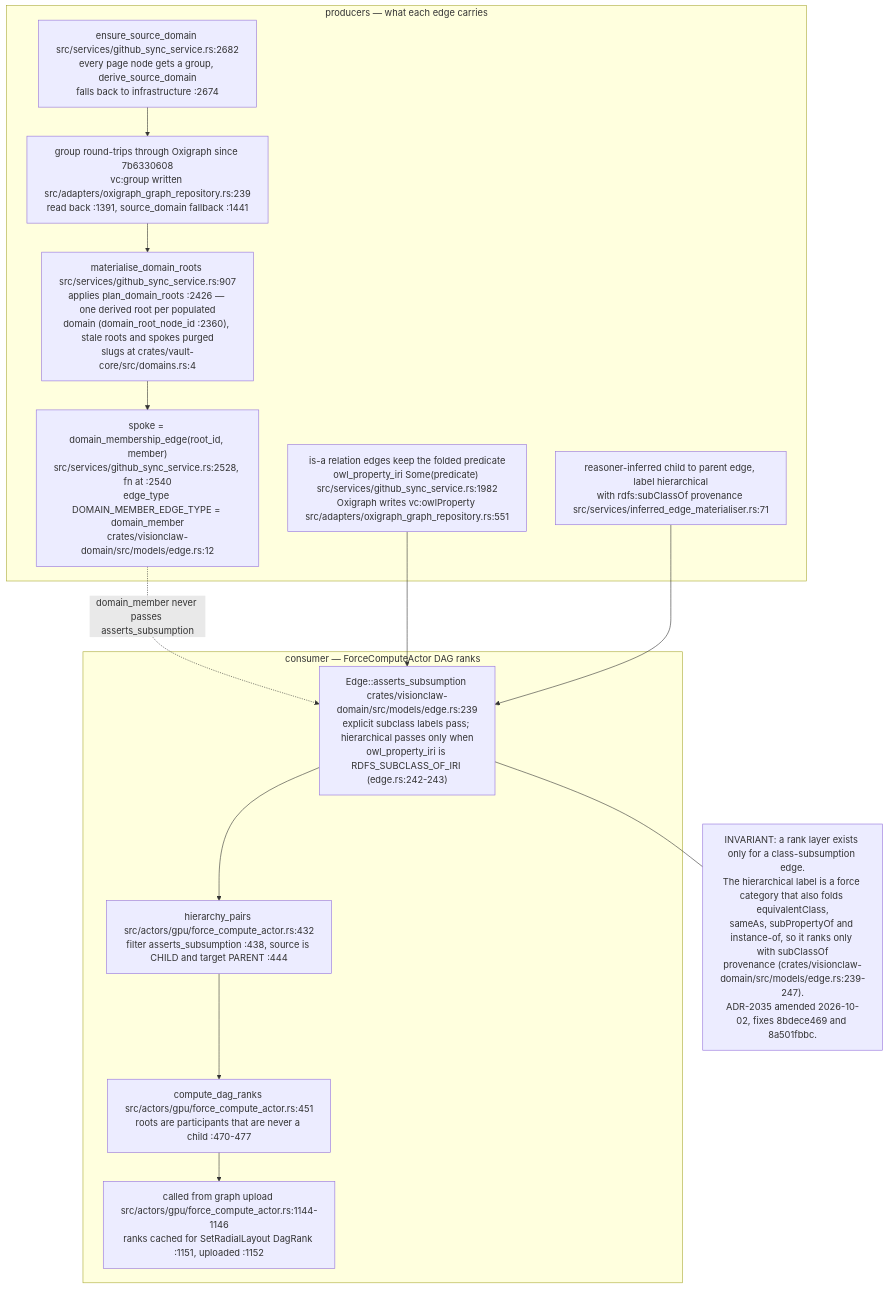
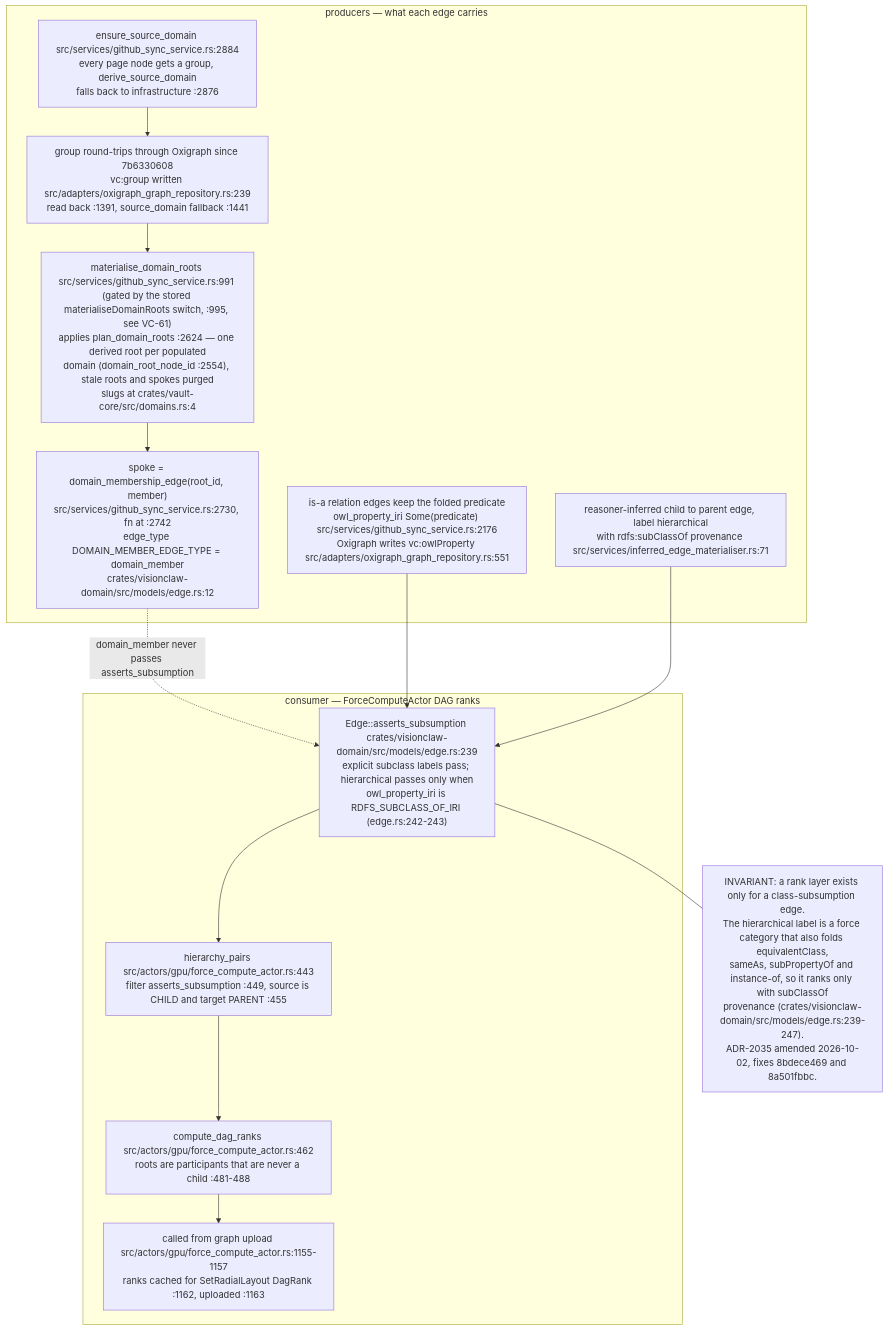
The eighth of 8 diagrams in docs/diagrams/visionclaw/16-interaction-drag-pin-layout.md (DreamLab-AI/VisionFlow), drawn with Mermaid before and after one commit. The commit also changed other lines of this file and 81 other files, not shown here.

First line of the commit message:
docs(diagrams): roll VisionClaw topics to main 010e1109b (PR 37 and 38 merged); fix remaining prose citations

````diff
--- a/docs/diagrams/visionclaw/16-interaction-drag-pin-layout.md
+++ b/docs/diagrams/visionclaw/16-interaction-drag-pin-layout.md
@@ -311,24 +311,24 @@
 ```mermaid
 flowchart TB
     subgraph PROD["producers — what each edge carries"]
-        P1["ensure_source_domain src/services/github_sync_service.rs:2682<br/>every page node gets a group, derive_source_domain<br/>falls back to infrastructure :2674"]
+        P1["ensure_source_domain src/services/github_sync_service.rs:2884<br/>every page node gets a group, derive_source_domain<br/>falls back to infrastructure :2876"]
         P2["group round-trips through Oxigraph since 7b6330608<br/>vc:group written src/adapters/oxigraph_graph_repository.rs:239<br/>read back :1391, source_domain fallback :1441"]
-        P3["materialise_domain_roots src/services/github_sync_service.rs:907<br/>applies plan_domain_roots :2426 — one derived root per populated<br/>domain (domain_root_node_id :2360), stale roots and spokes purged<br/>slugs at crates/vault-core/src/domains.rs:4"]
-        P4["spoke = domain_membership_edge(root_id, member)<br/>src/services/github_sync_service.rs:2528, fn at :2540<br/>edge_type DOMAIN_MEMBER_EDGE_TYPE = domain_member<br/>crates/visionclaw-domain/src/models/edge.rs:12"]
-        P5["is-a relation edges keep the folded predicate<br/>owl_property_iri Some(predicate) src/services/github_sync_service.rs:1982<br/>Oxigraph writes vc:owlProperty src/adapters/oxigraph_graph_repository.rs:551"]
+        P3["materialise_domain_roots src/services/github_sync_service.rs:991 (gated by the stored materialiseDomainRoots switch, :995, see VC-61)<br/>applies plan_domain_roots :2624 — one derived root per populated<br/>domain (domain_root_node_id :2554), stale roots and spokes purged<br/>slugs at crates/vault-core/src/domains.rs:4"]
+        P4["spoke = domain_membership_edge(root_id, member)<br/>src/services/github_sync_service.rs:2730, fn at :2742<br/>edge_type DOMAIN_MEMBER_EDGE_TYPE = domain_member<br/>crates/visionclaw-domain/src/models/edge.rs:12"]
+        P5["is-a relation edges keep the folded predicate<br/>owl_property_iri Some(predicate) src/services/github_sync_service.rs:2176<br/>Oxigraph writes vc:owlProperty src/adapters/oxigraph_graph_repository.rs:551"]
         P6["reasoner-inferred child to parent edge, label hierarchical<br/>with rdfs:subClassOf provenance src/services/inferred_edge_materialiser.rs:71"]
         P1 --> P2 --> P3 --> P4
     end
     subgraph RANK["consumer — ForceComputeActor DAG ranks"]
         R1["Edge::asserts_subsumption crates/visionclaw-domain/src/models/edge.rs:239<br/>explicit subclass labels pass; hierarchical passes only when<br/>owl_property_iri is RDFS_SUBCLASS_OF_IRI (edge.rs:242-243)"]
-        R2["hierarchy_pairs src/actors/gpu/force_compute_actor.rs:432<br/>filter asserts_subsumption :438, source is CHILD and target PARENT :444"]
-        R3["compute_dag_ranks src/actors/gpu/force_compute_actor.rs:451<br/>roots are participants that are never a child :470-477"]
-        R4["called from graph upload src/actors/gpu/force_compute_actor.rs:1144-1146<br/>ranks cached for SetRadialLayout DagRank :1151, uploaded :1152"]
+        R2["hierarchy_pairs src/actors/gpu/force_compute_actor.rs:443<br/>filter asserts_subsumption :449, source is CHILD and target PARENT :455"]
+        R3["compute_dag_ranks src/actors/gpu/force_compute_actor.rs:462<br/>roots are participants that are never a child :481-488"]
+        R4["called from graph upload src/actors/gpu/force_compute_actor.rs:1155-1157<br/>ranks cached for SetRadialLayout DagRank :1162, uploaded :1163"]
         R1 --> R2 --> R3 --> R4
     end
     P4 -. "domain_member never passes asserts_subsumption" .-> R1
     P5 --> R1
     P6 --> R1
     I["INVARIANT: a rank layer exists only for a class-subsumption edge.<br/>The hierarchical label is a force category that also folds equivalentClass,<br/>sameAs, subPropertyOf and instance-of, so it ranks only with subClassOf<br/>provenance (crates/visionclaw-domain/src/models/edge.rs:239-247).<br/>ADR-2035 amended 2026-10-02, fixes 8bdece469 and 8a501fbbc."]
     R1 --- I
 ```
````
